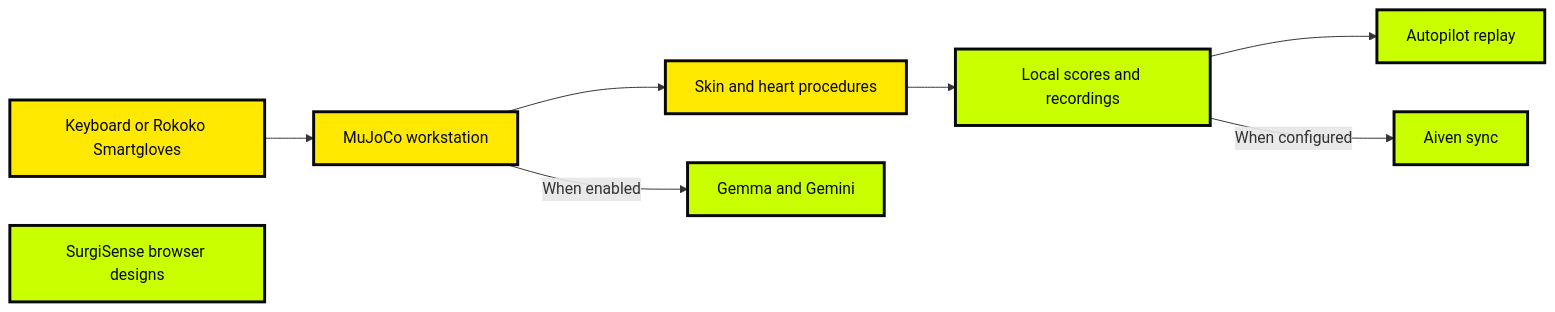
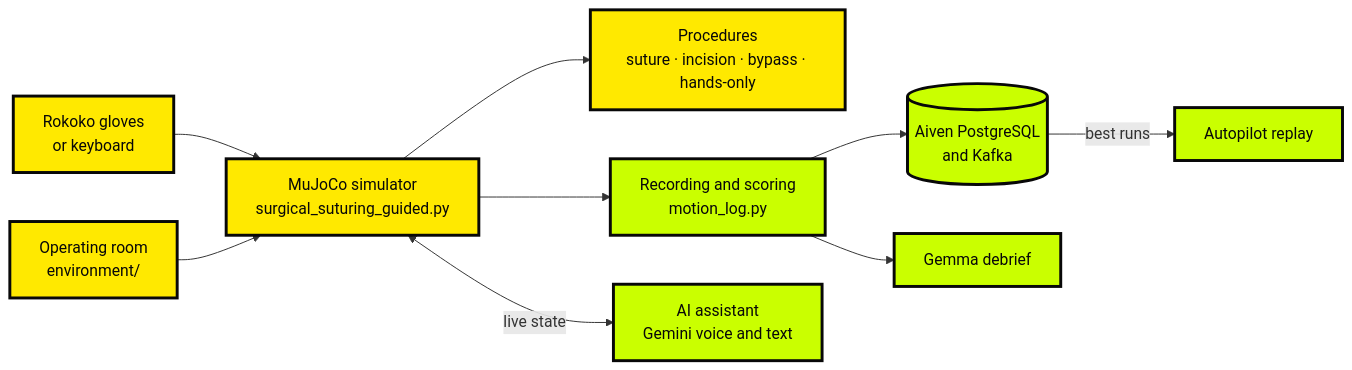
The diagram in README.md (shiinalight/Anatomation), drawn with Mermaid before and after one commit. The commit also changed other lines of this file and 1 other file, not shown here.

Commit message:
README: demo video at the top, rewritten for the operating-room simulator (procedures, hands-only modes, AI coach, Aiven); TelePharm screenshots kept as the earlier prototype

````diff
--- a/README.md
+++ b/README.md
@@ -213,14 +152,15 @@
 ```mermaid
 flowchart LR
-    Input[Keyboard or Rokoko Smartgloves] --> Viewer[MuJoCo workstation]
-    Viewer --> Exercise[Skin and heart procedures]
-    Exercise --> Review[Local scores and recordings]
-    Review --> Replay[Autopilot replay]
-    Viewer -->|When enabled| Coach[Gemma and Gemini]
-    Review -->|When configured| Aiven[Aiven sync]
-    Web[SurgiSense browser designs]
-    classDef simulator fill:#FFE900,stroke:#080808,stroke-width:3px,color:#080808
-    classDef review fill:#CAFF00,stroke:#080808,stroke-width:3px,color:#080808
-    class Input,Viewer,Exercise simulator
-    class Review,Replay,Coach,Aiven,Web review
+    Gloves[Rokoko gloves<br/>or keyboard] --> Sim[MuJoCo simulator<br/>surgical_suturing_guided.py]
+    Sim --> Proc[Procedures<br/>suture · incision · bypass · hands-only]
+    Room[Operating room<br/>environment/] --> Sim
+    Sim --> Log[Recording and scoring<br/>motion_log.py]
+    Log --> Aiven[(Aiven PostgreSQL<br/>and Kafka)]
+    Aiven -->|best runs| Auto[Autopilot replay]
+    Sim <-->|live state| Coach[AI assistant<br/>Gemini voice and text]
+    Log --> Gemma[Gemma debrief]
+    classDef core fill:#FFE900,stroke:#080808,stroke-width:3px,color:#080808
+    classDef ai fill:#CAFF00,stroke:#080808,stroke-width:3px,color:#080808
+    class Gloves,Sim,Proc,Room core
+    class Log,Aiven,Auto,Coach,Gemma ai
 ```
````
